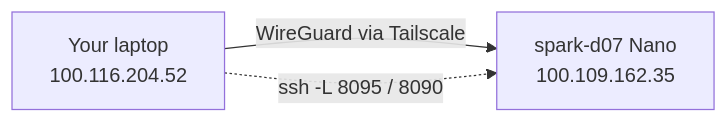
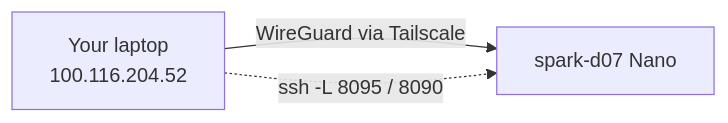
One commit to IamSavitha/wildfire-edge-sentinel-hp-sjsu-hack changed the second of 3 diagrams in docs/PROJECT_DEEP_DIVE.md. Above: the diagram before and after it, drawn with Mermaid. The commit also changed other lines of this file and 5 other files, not shown here.

````diff
--- a/docs/PROJECT_DEEP_DIVE.md
+++ b/docs/PROJECT_DEEP_DIVE.md
@@ -160,5 +160,5 @@
 ```mermaid
 flowchart LR
-  L[Your laptop<br/>100.116.204.52] -- WireGuard via Tailscale --> N[spark-d07 Nano<br/>100.109.162.35]
+  L[Your laptop<br/>100.116.204.52] -- WireGuard via Tailscale --> N[spark-d07 Nano<br/><nano-ip>]
   L -. "ssh -L 8095 / 8090" .-> N
 ```
````
